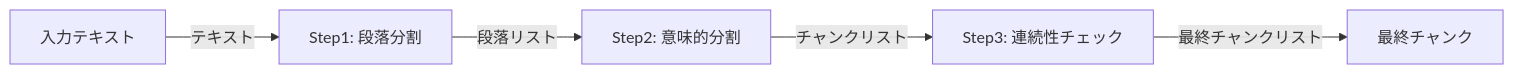
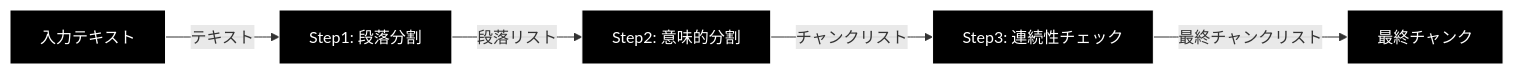
Before and after one commit to nakashima2toshio/ollama_grace_agent_v2: the second of 9 diagrams in chunking/doc/step1_2_3.md, drawn with Mermaid. The commit also changed other lines of this file and 13 other files, not shown here.

````diff
--- a/chunking/doc/step1_2_3.md
+++ b/chunking/doc/step1_2_3.md
@@ -94,13 +101,16 @@
 ```mermaid
 flowchart LR
     INPUT[入力テキスト]
     STEP1[Step1: 段落分割]
     STEP2[Step2: 意味的分割]
     STEP3[Step3: 連続性チェック]
     OUTPUT[最終チャンク]
 
     INPUT -->|"テキスト"| STEP1
     STEP1 -->|"段落リスト"| STEP2
     STEP2 -->|"チャンクリスト"| STEP3
     STEP3 -->|"最終チャンクリスト"| OUTPUT
+classDef default fill:#000,stroke:#fff,color:#fff
+classDef subgraphStyle fill:#1a1a1a,stroke:#fff,color:#fff
+class INPUT,STEP1,STEP2,STEP3,OUTPUT default
 ```
````
